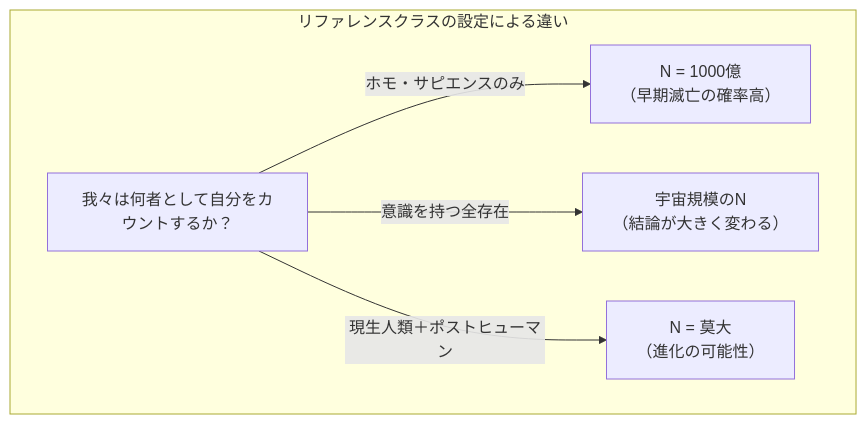
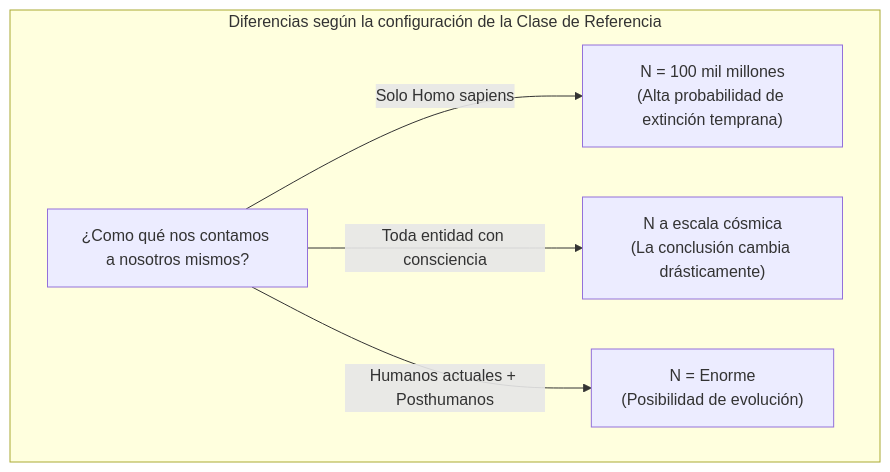
Before and after one commit to kenjinote/blog: the fifth of 5 diagrams in content/post/doomsday-argument/index.es.md, drawn with Mermaid. The commit also changed other lines of this file and 28 other files, not shown here.

Commit message:
Translate Japanese text inside Mermaid diagrams to respective languages

````diff
--- a/content/post/doomsday-argument/index.es.md
+++ b/content/post/doomsday-argument/index.es.md
@@ -188,8 +188,8 @@
 ```mermaid
 graph TD
-    subgraph "リファレンスクラスの設定による違い"
-        A["我々は何者として自分をカウントするか？"] -->|"ホモ・サピエンスのみ"| B["N = 1000億\n（早期滅亡の確率高）"]
-        A -->|"意識を持つ全存在"| C["宇宙規模のN\n（結論が大きく変わる）"]
-        A -->|"現生人類＋ポストヒューマン"| D["N = 莫大\n（進化の可能性）"]
+    subgraph "Diferencias según la configuración de la Clase de Referencia"
+        A["¿Como qué nos contamos a nosotros mismos?"] -->|"Solo Homo sapiens"| B["N = 100 mil millones\n(Alta probabilidad de extinción temprana)"]
+        A -->|"Toda entidad con consciencia"| C["N a escala cósmica\n(La conclusión cambia drásticamente)"]
+        A -->|"Humanos actuales + Posthumanos"| D["N = Enorme\n(Posibilidad de evolución)"]
     end
 ```
````
